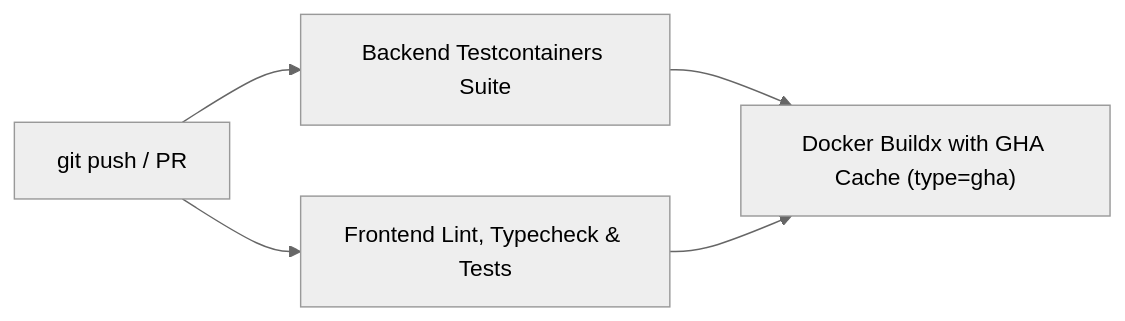
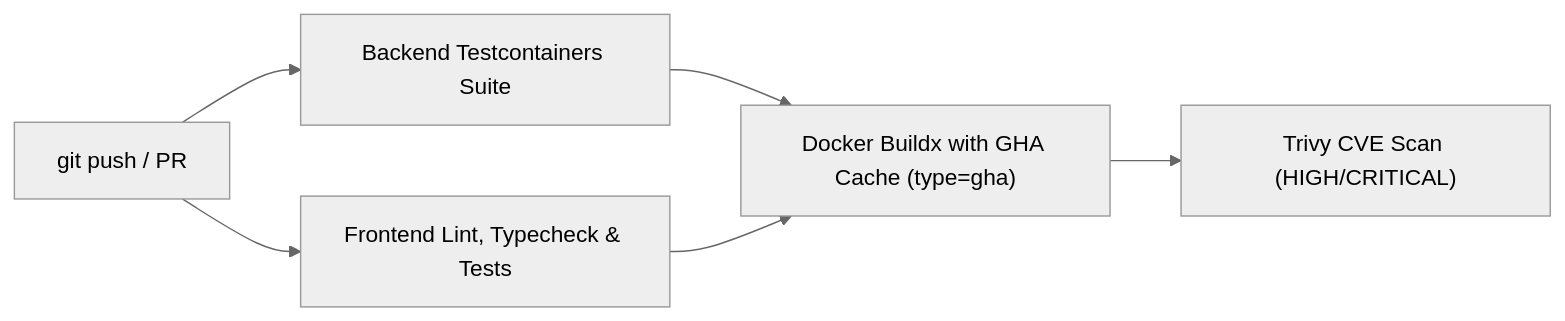
The diagram in docs/pages/DOCKER-GUIDE.md (shvmpk/stock-ledger), drawn with Mermaid (neutral theme) before and after one commit. The commit also changed other lines of this file and 2 other files, not shown here.

Commit message:
feat(ci): scan packaged Docker images with Trivy for HIGH/CRITICAL CVEs
- build backend and frontend images with `load: true` so the packaging
  job can scan them locally with Trivy
- scan is report-only (`exit-code: 0`) until the first findings are
  triaged; flip to `exit-code: 1` to promote it to a hard quality gate
- document the Trivy scan in README and DOCKER-GUIDE

````diff
--- a/docs/pages/DOCKER-GUIDE.md
+++ b/docs/pages/DOCKER-GUIDE.md
@@ -143,7 +143,8 @@
 ```mermaid
 flowchart LR
     A["git push / PR"] --> B["Backend Testcontainers Suite"]
     A --> C["Frontend Lint, Typecheck & Tests"]
     B --> D["Docker Buildx with GHA Cache (type=gha)"]
     C --> D
+    D --> E["Trivy CVE Scan (HIGH/CRITICAL)"]
 ```
````
